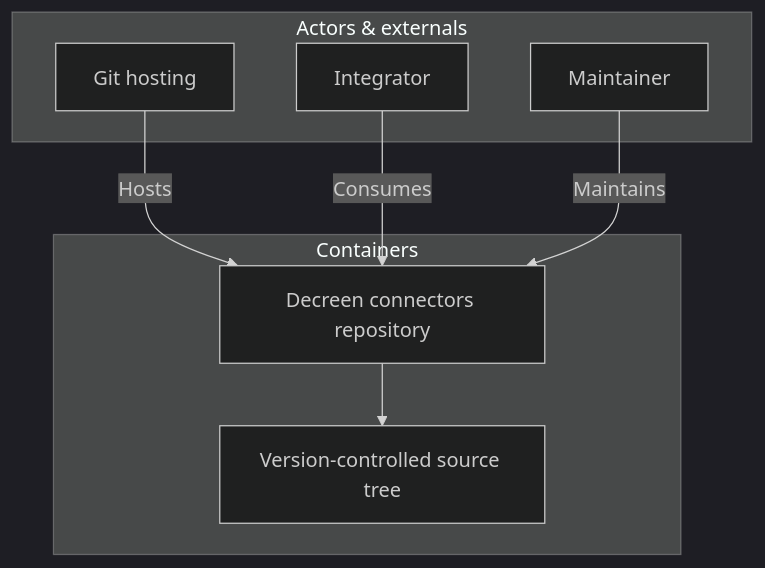
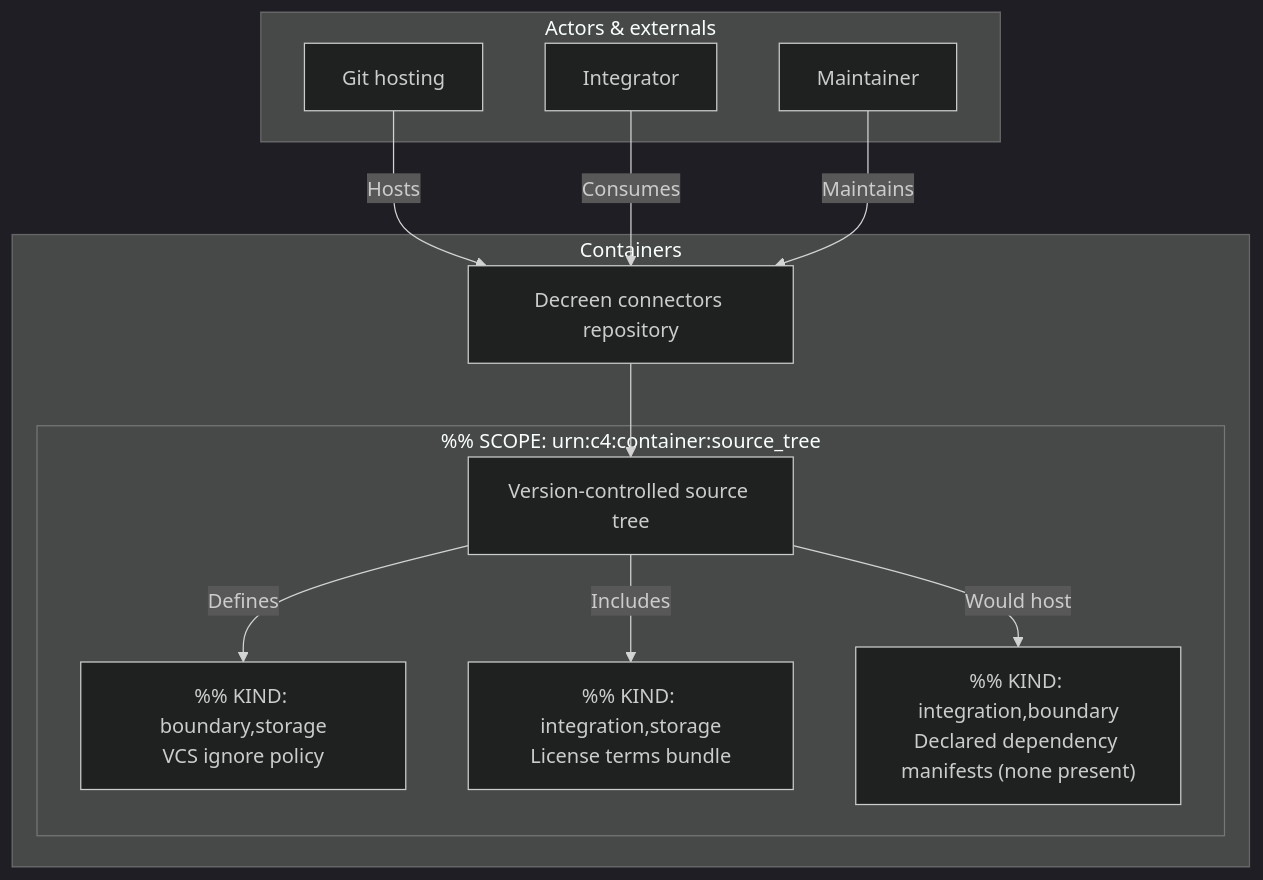
Before and after one commit to Decreen/decreen-connectors: the diagram in docs/c4-live.mermaid.md, drawn with Mermaid (dark theme). The commit also changed 3 other files, not shown here.

Commit message:
feat(c4): Pass 3 components inside source tree container

````diff
--- a/docs/c4-live.mermaid.md
+++ b/docs/c4-live.mermaid.md
@@ -3,16 +3,24 @@
 ```mermaid
 flowchart TB
   subgraph L1["Actors & externals"]
     integrator["Integrator"]
     maintainer["Maintainer"]
     git_host["Git hosting"]
   end
   subgraph L2["Containers"]
     sys["Decreen connectors repository"]
-    src["Version-controlled source tree"]
+    subgraph src_scope["%% SCOPE: urn:c4:container:source_tree"]
+      src["Version-controlled source tree"]
+      ign["%% KIND: boundary,storage<br/>VCS ignore policy"]
+      lic["%% KIND: integration,storage<br/>License terms bundle"]
+      dep["%% KIND: integration,boundary<br/>Declared dependency manifests (none present)"]
+    end
   end
   git_host -->|"Hosts"| sys
   integrator -->|"Consumes"| sys
   maintainer -->|"Maintains"| sys
   sys --> src
+  src -->|"Defines"| ign
+  src -->|"Includes"| lic
+  src -->|"Would host"| dep
 ```
````
